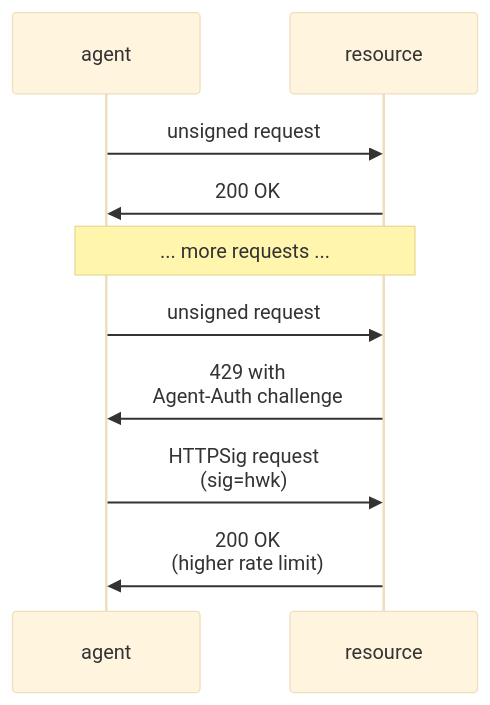
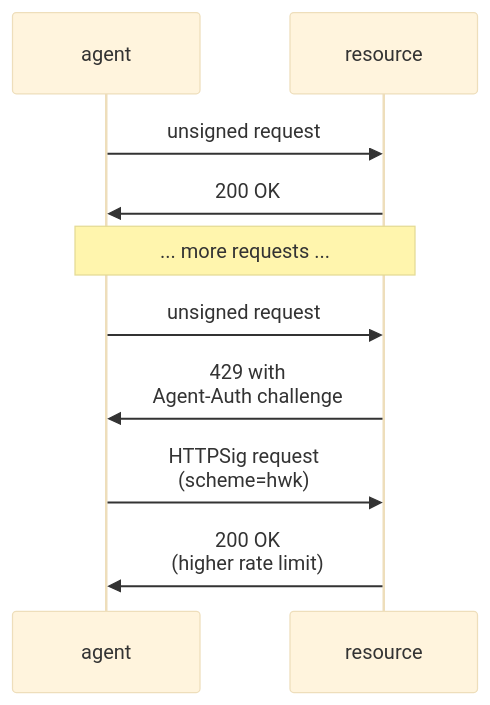
One commit to dickhardt/agent-auth changed the first of 10 diagrams in README.md. Above: the diagram before and after it, drawn with Mermaid (base theme). The commit also changed other lines of this file, not shown here.

First line of the commit message:
Update mermaid diagrams and prose to use scheme= consistently

````diff
--- a/README.md
+++ b/README.md
@@ -181,16 +181,16 @@
 ```mermaid
 sequenceDiagram
     participant Agent as agent
     participant Resource as resource
 
     Agent->>Resource: unsigned request
     Resource->>Agent: 200 OK
 
     Note over Agent,Resource: ... more requests ...
 
     Agent->>Resource: unsigned request
     Resource->>Agent: 429 with<br/>Agent-Auth challenge
 
-    Agent->>Resource: HTTPSig request<br/>(sig=hwk)
+    Agent->>Resource: HTTPSig request<br/>(scheme=hwk)
     Resource->>Agent: 200 OK<br/>(higher rate limit)
 ```
````
